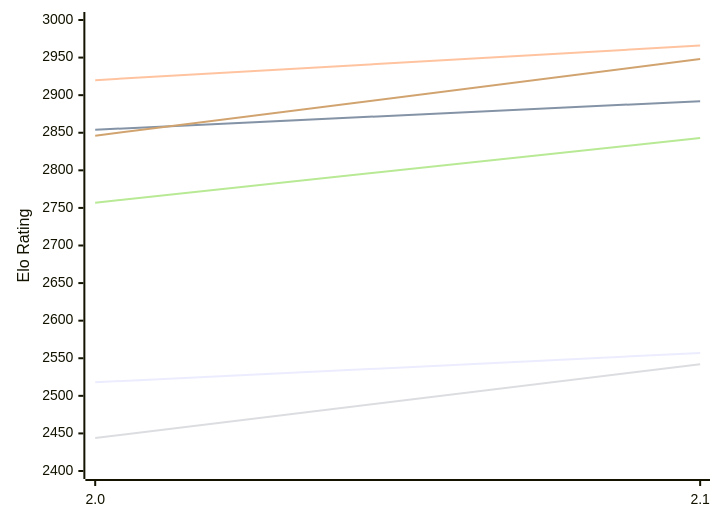
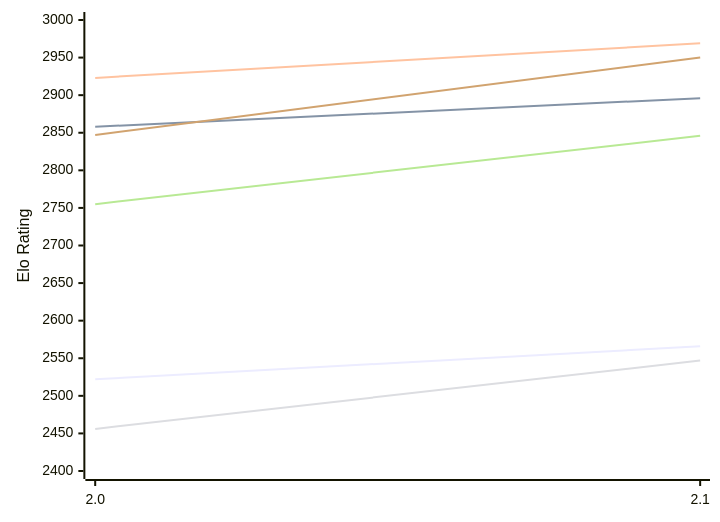
The first of 2 diagrams in engines/Noggin.md (computer-chess-index/cci), drawn with Mermaid before and after one commit. The commit also changed other lines of this file, not shown here.

Commit message:
Update CCI Ratings (ELO VLTC) - 2026-11-22

````diff
--- a/engines/Noggin.md
+++ b/engines/Noggin.md
@@ -50,12 +50,12 @@
 ```mermaid
 %%{init: {"theme":"base","themeVariables":{"seriesColors:['#a3a3a3','#222221','#faa371']}}}%%
 xychart-beta
   x-axis ["2.0", "2.1"]
   y-axis "Elo Rating" 2400 --> 3000
-  line "E1: STC (8.0+0.08s)" [2518, 2557]
-  line "E1: LTC (60.0+0.60s)" [2854, 2892]
-  line "E1: VLTC (2m24s+1.12s)" [2920, 2966]
-  line "P1: STC (8.0+0.08s)" [2444, 2542]
-  line "P1: LTC (60.0+0.60s)" [2757, 2843]
-  line "P1: VLTC (2m24s+1.12s)" [2846, 2948]
+  line "E1: STC (8.0+0.08s)" [2522, 2566]
+  line "E1: LTC (60.0+0.60s)" [2858, 2896]
+  line "E1: VLTC (2m24s+1.12s)" [2923, 2969]
+  line "P1: STC (8.0+0.08s)" [2456, 2547]
+  line "P1: LTC (60.0+0.60s)" [2755, 2846]
+  line "P1: VLTC (2m24s+1.12s)" [2847, 2950]
 ```
````
